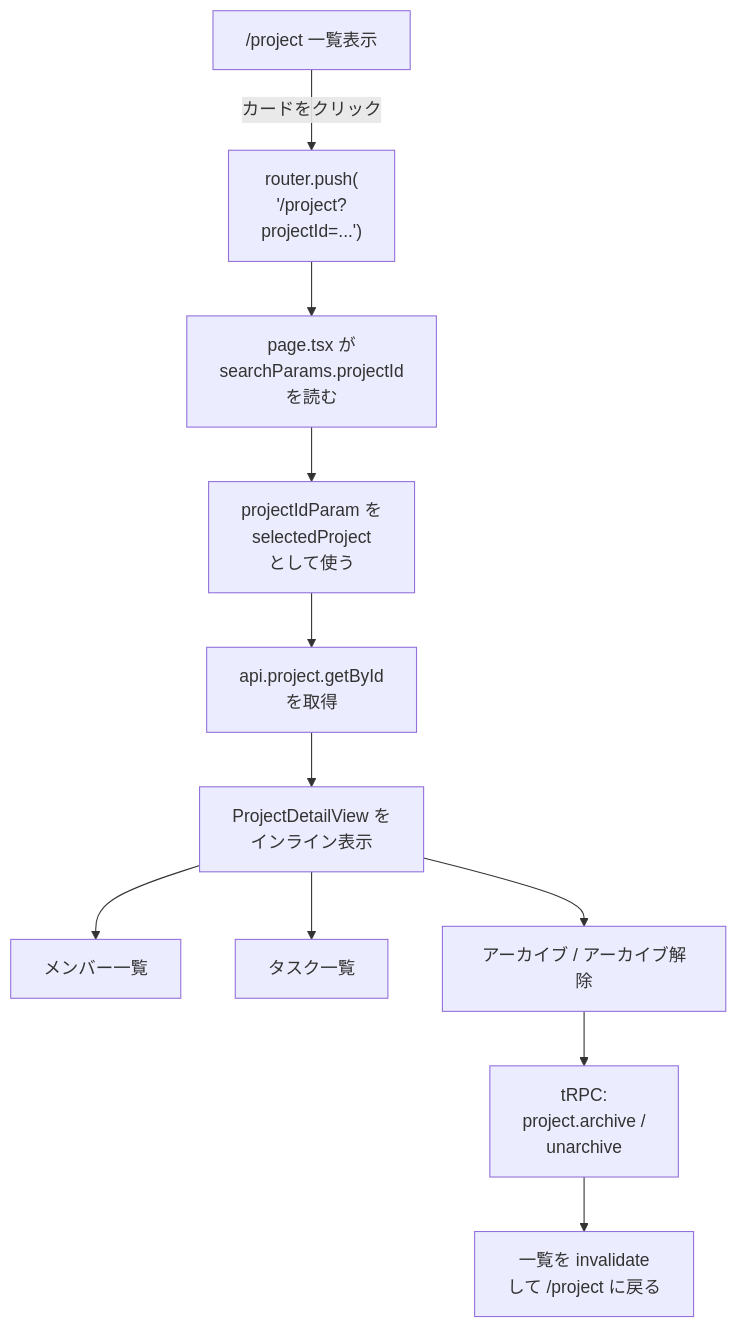
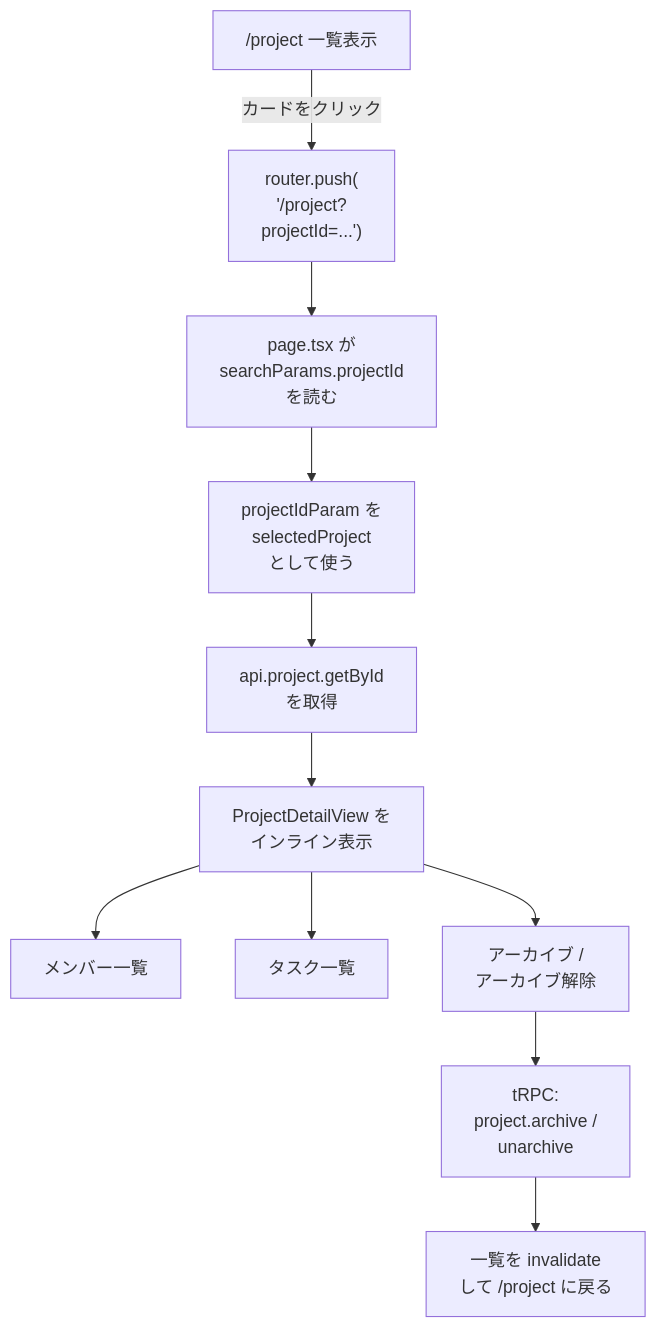
Before and after one commit to kouiso/task-app: the first of 2 diagrams in material/30days-curriculum/day27_プロジェクト詳細・アーカイブを実装しよう.md, drawn with Mermaid. The commit also changed 3 other files, not shown here.

First line of the commit message:
fix(material): Mermaidラベルの自動折れと行内コードオーバーフローを解消 (#733)

````diff
--- a/material/30days-curriculum/day27_プロジェクト詳細・アーカイブを実装しよう.md
+++ b/material/30days-curriculum/day27_プロジェクト詳細・アーカイブを実装しよう.md
@@ -54,13 +54,13 @@
 ```mermaid
 flowchart TD
     A["/project 一覧表示"] -->|"カードをクリック"| B["router.push(<br/>'/project?<br/>projectId=...')"]
     B --> C["page.tsx が<br/>searchParams.projectId<br/>を読む"]
     C --> D["projectIdParam を<br/>selectedProject<br/>として使う"]
     D --> E["api.project.getById<br/>を取得"]
     E --> F["ProjectDetailView を<br/>インライン表示"]
     F --> G["メンバー一覧"]
     F --> H["タスク一覧"]
-    F --> I["アーカイブ / アーカイブ解除"]
+    F --> I["アーカイブ /<br/>アーカイブ解除"]
     I --> J["tRPC:<br/>project.archive /<br/>unarchive"]
     J --> K["一覧を invalidate<br/>して /project に戻る"]
 ```
````
